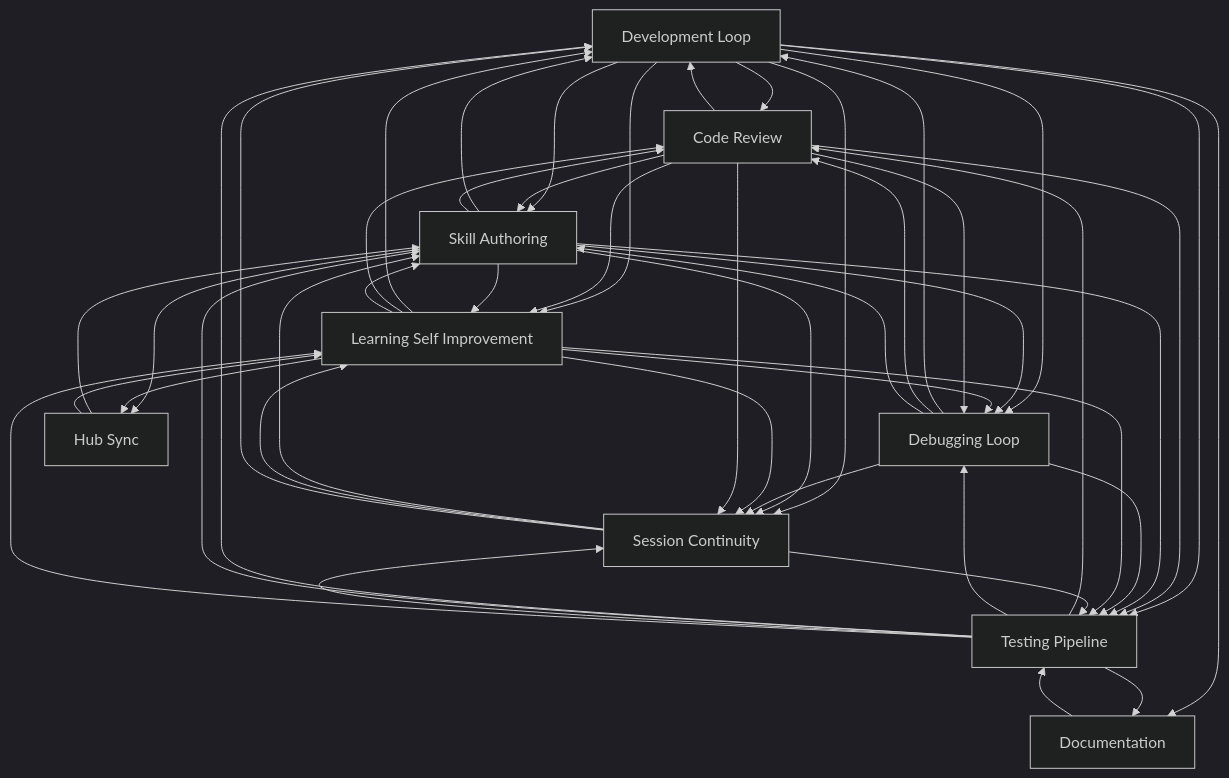
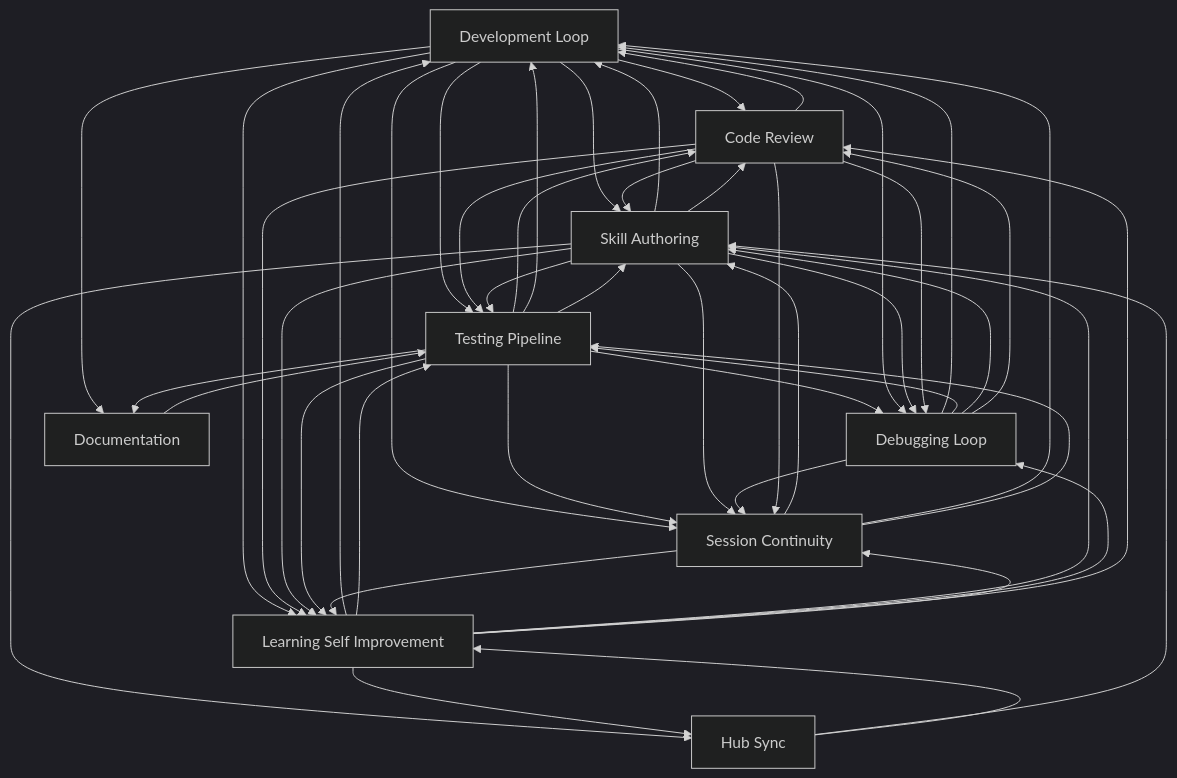
The diagram in docs/workflows/INDEX.md (abhayla/claude-best-practices), drawn with Mermaid (dark theme) before and after one commit. The commit also changed other lines of this file and 22 other files, not shown here.

````diff
--- a/docs/workflows/INDEX.md
+++ b/docs/workflows/INDEX.md
@@ -21,58 +21,58 @@
 ```mermaid
 graph TD
     development_loop[Development Loop]
     testing_pipeline[Testing Pipeline]
     debugging_loop[Debugging Loop]
     learning_self_improvement[Learning Self Improvement]
     session_continuity[Session Continuity]
     skill_authoring[Skill Authoring]
     code_review[Code Review]
     documentation[Documentation]
     hub_sync[Hub Sync]
     documentation --> testing_pipeline
     development_loop --> code_review
     development_loop --> skill_authoring
     code_review --> development_loop
     code_review --> skill_authoring
+    development_loop --> testing_pipeline
     development_loop --> learning_self_improvement
-    development_loop --> testing_pipeline
+    code_review --> testing_pipeline
     code_review --> learning_self_improvement
-    code_review --> testing_pipeline
     testing_pipeline --> code_review
     testing_pipeline --> debugging_loop
     testing_pipeline --> development_loop
     testing_pipeline --> skill_authoring
     skill_authoring --> development_loop
     skill_authoring --> code_review
+    skill_authoring --> testing_pipeline
     skill_authoring --> learning_self_improvement
-    skill_authoring --> testing_pipeline
     development_loop --> session_continuity
+    testing_pipeline --> session_continuity
     skill_authoring --> session_continuity
-    testing_pipeline --> session_continuity
     debugging_loop --> development_loop
     debugging_loop --> session_continuity
     development_loop --> debugging_loop
     skill_authoring --> debugging_loop
+    debugging_loop --> testing_pipeline
+    debugging_loop --> skill_authoring
     debugging_loop --> code_review
-    debugging_loop --> skill_authoring
-    debugging_loop --> testing_pipeline
     learning_self_improvement --> development_loop
+    learning_self_improvement --> testing_pipeline
+    learning_self_improvement --> skill_authoring
+    learning_self_improvement --> debugging_loop
     learning_self_improvement --> code_review
-    learning_self_improvement --> debugging_loop
-    learning_self_improvement --> skill_authoring
-    learning_self_improvement --> testing_pipeline
     code_review --> debugging_loop
+    testing_pipeline --> learning_self_improvement
+    code_review --> session_continuity
     learning_self_improvement --> session_continuity
-    code_review --> session_continuity
-    testing_pipeline --> learning_self_improvement
     session_continuity --> skill_authoring
     session_continuity --> learning_self_improvement
     development_loop --> documentation
     testing_pipeline --> documentation
     session_continuity --> development_loop
     session_continuity --> testing_pipeline
     skill_authoring --> hub_sync
     learning_self_improvement --> hub_sync
     hub_sync --> skill_authoring
     hub_sync --> learning_self_improvement
 ```
````
